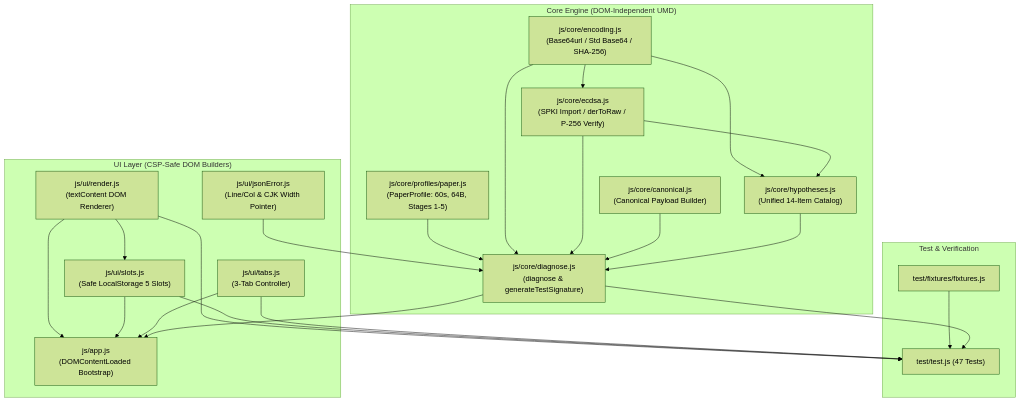
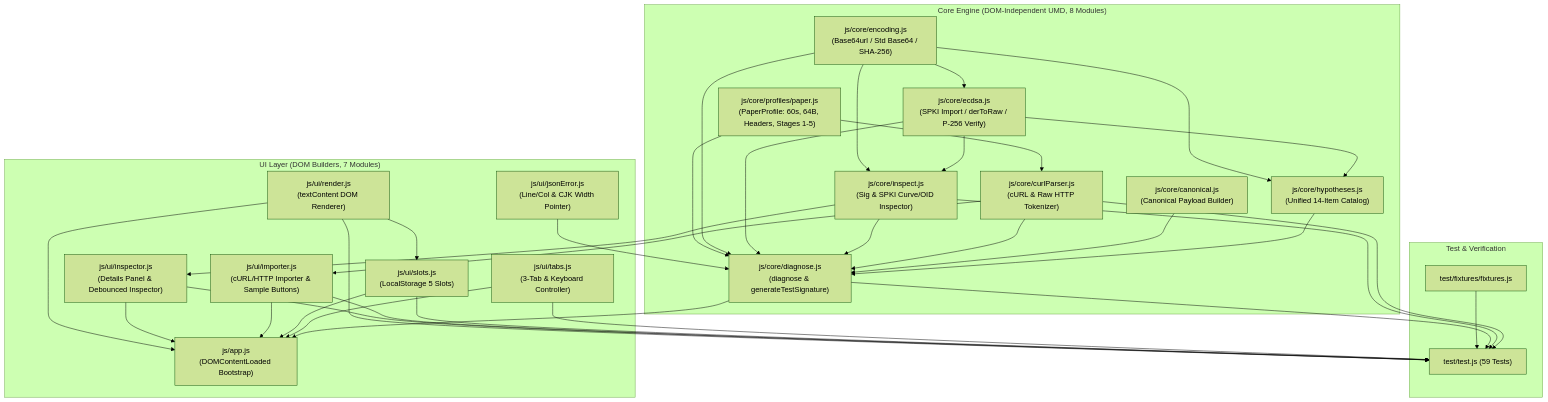
One commit to altdmfk/pop-diagnoser changed the first of 2 diagrams in README.md. Above: the diagram before and after it, drawn with Mermaid (forest theme). The commit also changed other lines of this file and 1 other file, not shown here.

Commit message:
docs: update README and case-study with inspector, cURL parser, and plain prose

````diff
--- a/README.md
+++ b/README.md
@@ -64,45 +66,62 @@
 ```mermaid
 flowchart TD
-    subgraph Browser_or_Node["Core Engine (DOM-Independent UMD)"]
-        Profile["js/core/profiles/paper.js<br/>(PaperProfile: 60s, 64B, Stages 1-5)"]
+    subgraph Browser_or_Node["Core Engine (DOM-Independent UMD, 8 Modules)"]
+        Profile["js/core/profiles/paper.js<br/>(PaperProfile: 60s, 64B, Headers, Stages 1-5)"]
         Encoding["js/core/encoding.js<br/>(Base64url / Std Base64 / SHA-256)"]
         ECDSA["js/core/ecdsa.js<br/>(SPKI Import / derToRaw / P-256 Verify)"]
+        Inspect["js/core/inspect.js<br/>(Sig & SPKI Curve/OID Inspector)"]
+        CurlParser["js/core/curlParser.js<br/>(cURL & Raw HTTP Tokenizer)"]
         Canonical["js/core/canonical.js<br/>(Canonical Payload Builder)"]
         Hypotheses["js/core/hypotheses.js<br/>(Unified 14-Item Catalog)"]
         Diagnose["js/core/diagnose.js<br/>(diagnose & generateTestSignature)"]
 
         Profile --> Diagnose
+        Profile --> CurlParser
         Encoding --> ECDSA
+        Encoding --> Inspect
+        ECDSA --> Inspect
         Encoding --> Hypotheses
         ECDSA --> Hypotheses
         Encoding --> Diagnose
         ECDSA --> Diagnose
+        Inspect --> Diagnose
+        CurlParser --> Diagnose
         Canonical --> Diagnose
         Hypotheses --> Diagnose
     end
 
-    subgraph UI_Layer["UI Layer (CSP-Safe DOM Builders)"]
+    subgraph UI_Layer["UI Layer (DOM Builders, 7 Modules)"]
         JsonError["js/ui/jsonError.js<br/>(Line/Col & CJK Width Pointer)"]
         Render["js/ui/render.js<br/>(textContent DOM Renderer)"]
-        Slots["js/ui/slots.js<br/>(Safe LocalStorage 5 Slots)"]
-        Tabs["js/ui/tabs.js<br/>(3-Tab Controller)"]
+        InspectorUI["js/ui/inspector.js<br/>(Details Panel & Debounced Inspector)"]
+        ImporterUI["js/ui/importer.js<br/>(cURL/HTTP Importer & Sample Buttons)"]
+        Slots["js/ui/slots.js<br/>(LocalStorage 5 Slots)"]
+        Tabs["js/ui/tabs.js<br/>(3-Tab & Keyboard Controller)"]
         App["js/app.js<br/>(DOMContentLoaded Bootstrap)"]
 
         JsonError --> Diagnose
+        Inspect --> InspectorUI
+        CurlParser --> ImporterUI
         Render --> Slots
         Render --> App
+        InspectorUI --> App
+        ImporterUI --> App
         Slots --> App
         Tabs --> App
         Diagnose --> App
     end
 
     subgraph Test_Suite["Test & Verification"]
         Fixtures["test/fixtures/fixtures.js"]
-        TestJS["test/test.js (47 Tests)"]
+        TestJS["test/test.js (59 Tests)"]
         Fixtures --> TestJS
         Diagnose --> TestJS
+        Inspect --> TestJS
+        CurlParser --> TestJS
         Render --> TestJS
+        InspectorUI --> TestJS
+        ImporterUI --> TestJS
         Slots --> TestJS
         Tabs --> TestJS
     end
 ```
````
